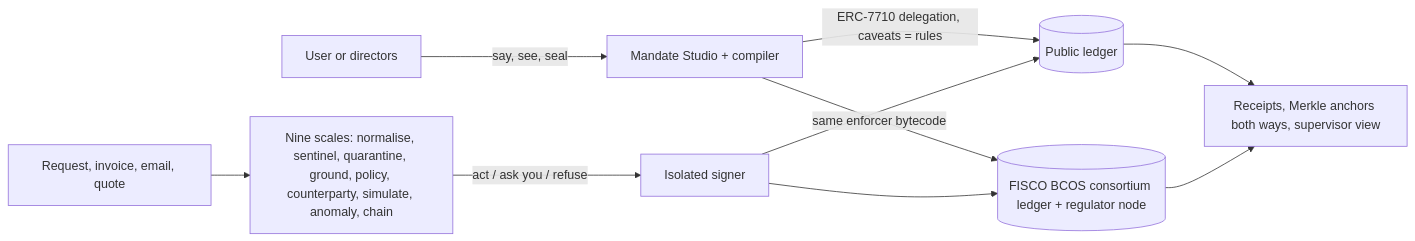
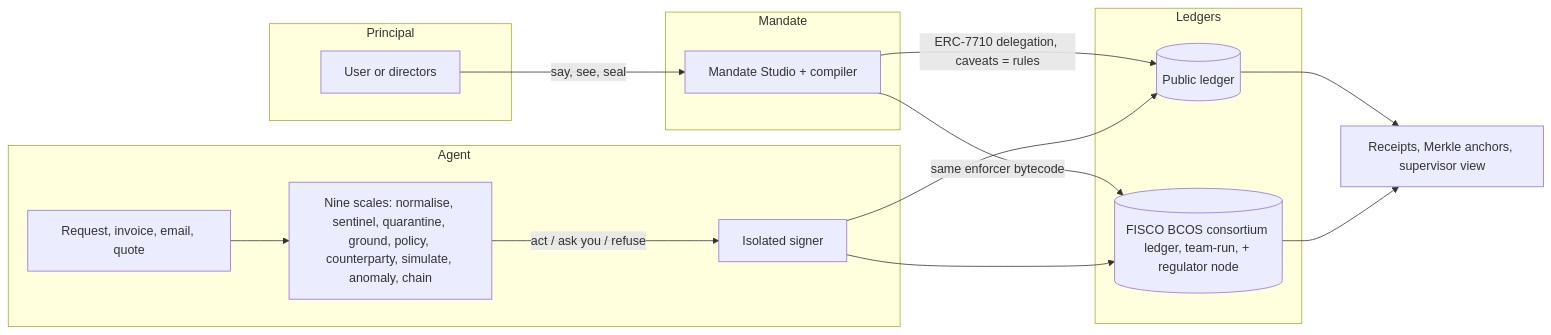
Before and after one commit to ABRUBAB/YINGLONG: the diagram in README.md, drawn with Mermaid. The commit also changed other lines of this file and 18 other files, not shown here.

Commit message:
README: banner, badges, quick links, live screenshot gallery, grouped architecture diagram, pillars, scenarios, collapsible repo map and setup, honesty callouts; dragon coin retired

````diff
--- a/README.md
+++ b/README.md
@@ -61,10 +102,22 @@
 ```mermaid
 flowchart LR
-  U[User or directors] -->|say, see, seal| SEAL[Mandate Studio + compiler]
-  SEAL -->|ERC-7710 delegation, caveats = rules| BASE[(Public ledger)]
-  SEAL -->|same enforcer bytecode| FISCO[(FISCO BCOS consortium ledger + regulator node)]
-  REQ[Request, invoice, email, quote] --> SCALES[Nine scales: normalise, sentinel, quarantine, ground, policy, counterparty, simulate, anomaly, chain]
-  SCALES -->|act / ask you / refuse| SIGNER[Isolated signer]
+  subgraph Principal
+    U[User or directors]
+  end
+  subgraph Mandate
+    SEAL[Mandate Studio + compiler]
+  end
+  subgraph Agent
+    REQ[Request, invoice, email, quote] --> SCALES[Nine scales: normalise, sentinel, quarantine, ground, policy, counterparty, simulate, anomaly, chain]
+    SCALES -->|act / ask you / refuse| SIGNER[Isolated signer]
+  end
+  subgraph Ledgers
+    BASE[(Public ledger)]
+    FISCO[(FISCO BCOS consortium ledger, team-run, + regulator node)]
+  end
+  U -->|say, see, seal| SEAL
+  SEAL -->|ERC-7710 delegation, caveats = rules| BASE
+  SEAL -->|same enforcer bytecode| FISCO
   SIGNER --> BASE & FISCO
-  BASE & FISCO --> VEIN[Receipts, Merkle anchors both ways, supervisor view]
+  BASE & FISCO --> VEIN[Receipts, Merkle anchors, supervisor view]
 ```
````
